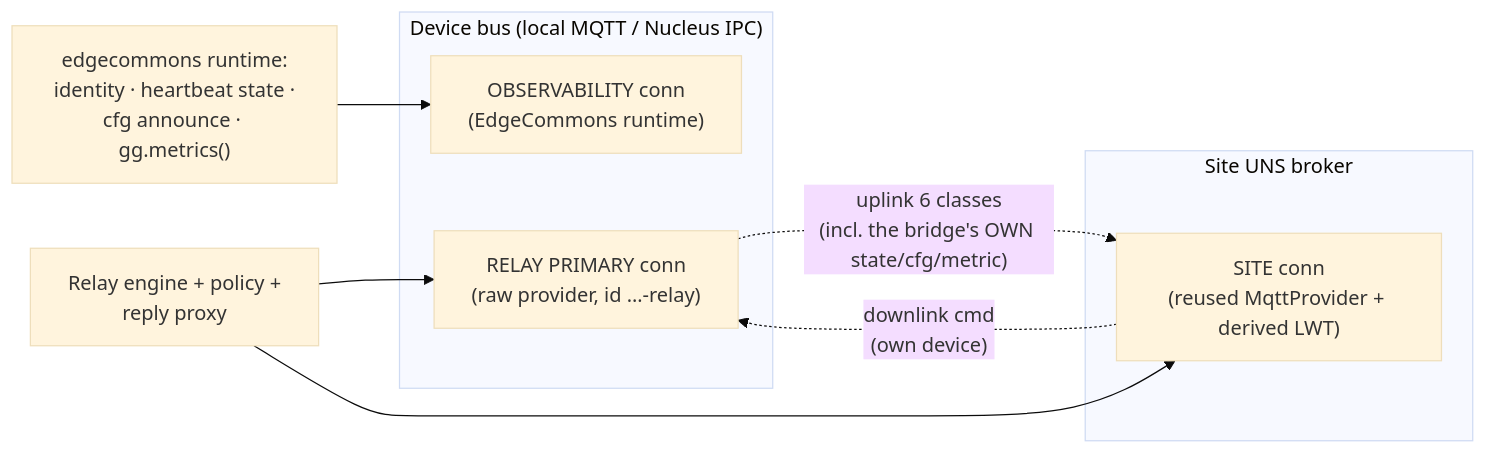
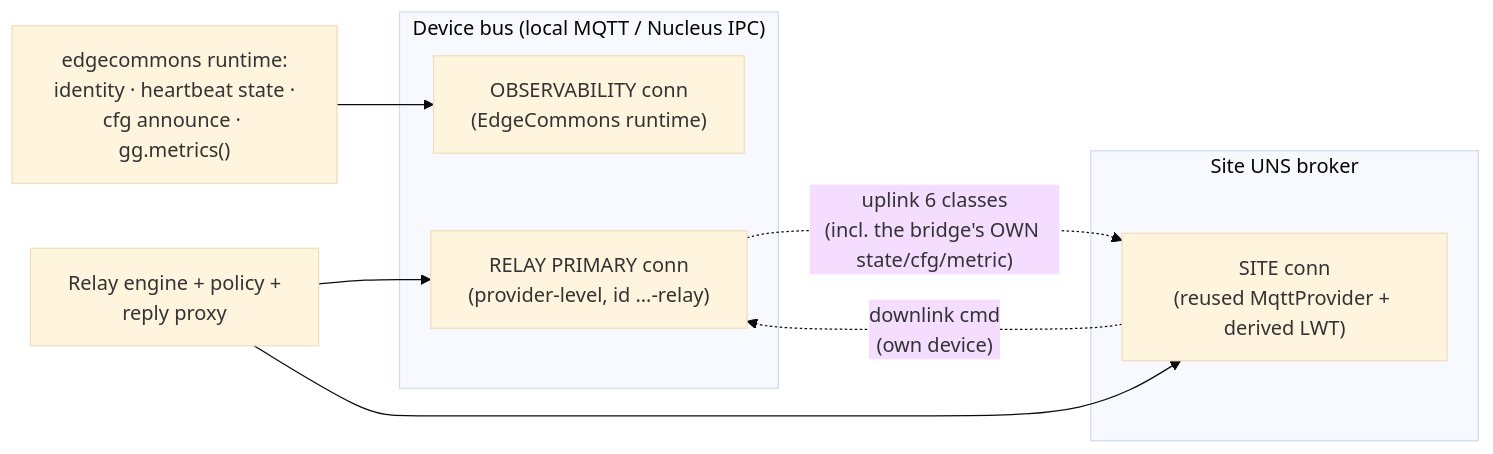
One commit to edgecommons/uns-bridge changed the first of 2 diagrams in docs/explanation.md. Above: the diagram before and after it, drawn with Mermaid (base theme). The commit also changed other lines of this file and 13 other files, not shown here.

````diff
--- a/docs/explanation.md
+++ b/docs/explanation.md
@@ -30,15 +30,15 @@
 ```mermaid
 flowchart LR
   subgraph device["Device bus (local MQTT / Nucleus IPC)"]
     obs["OBSERVABILITY conn\n(EdgeCommons runtime)"]
-    relayp["RELAY PRIMARY conn\n(raw provider, id …-relay)"]
+    relayp["RELAY PRIMARY conn\n(provider-level, id …-relay)"]
   end
   subgraph site["Site UNS broker"]
     sitec["SITE conn\n(reused MqttProvider + derived LWT)"]
   end
   runtime["edgecommons runtime:\nidentity · heartbeat state ·\ncfg announce · gg.metrics()"] --> obs
   engine["Relay engine + policy +\nreply proxy"] --> relayp
   engine --> sitec
   relayp -. "uplink 6 classes\n(incl. the bridge's OWN state/cfg/metric)" .-> sitec
   sitec -. "downlink cmd\n(own device)" .-> relayp
 ```
````
